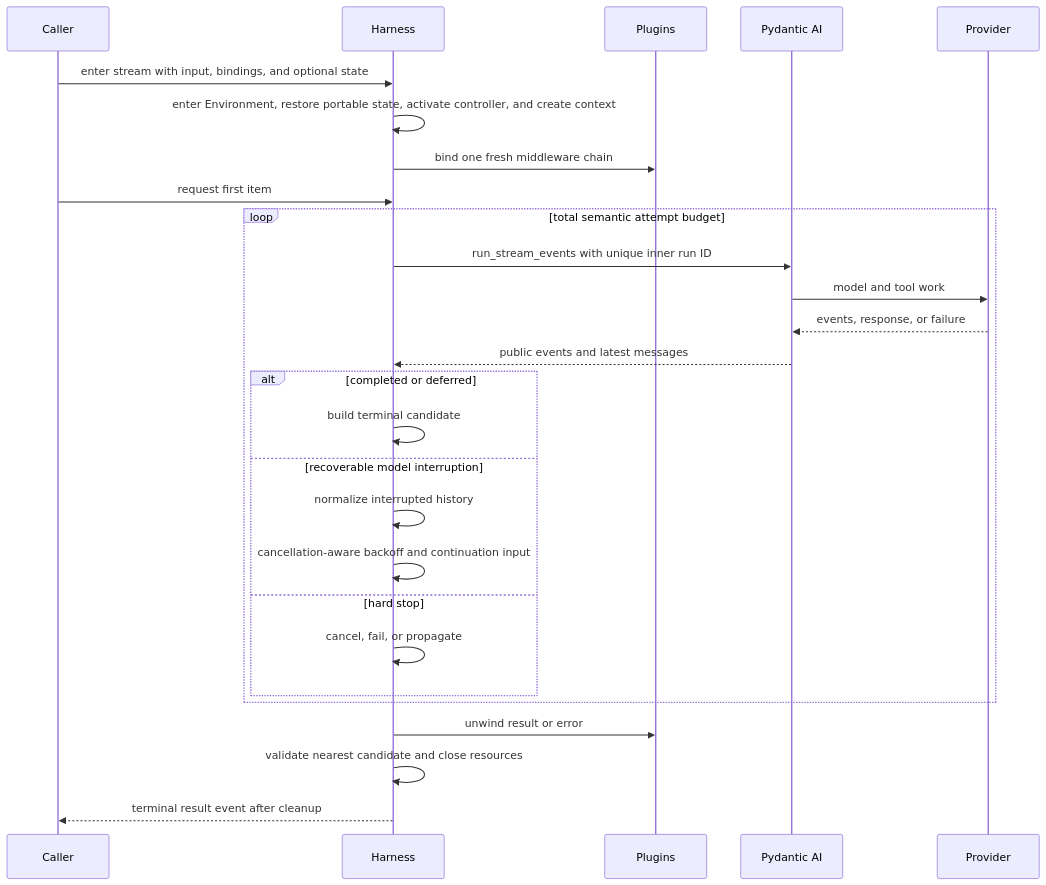
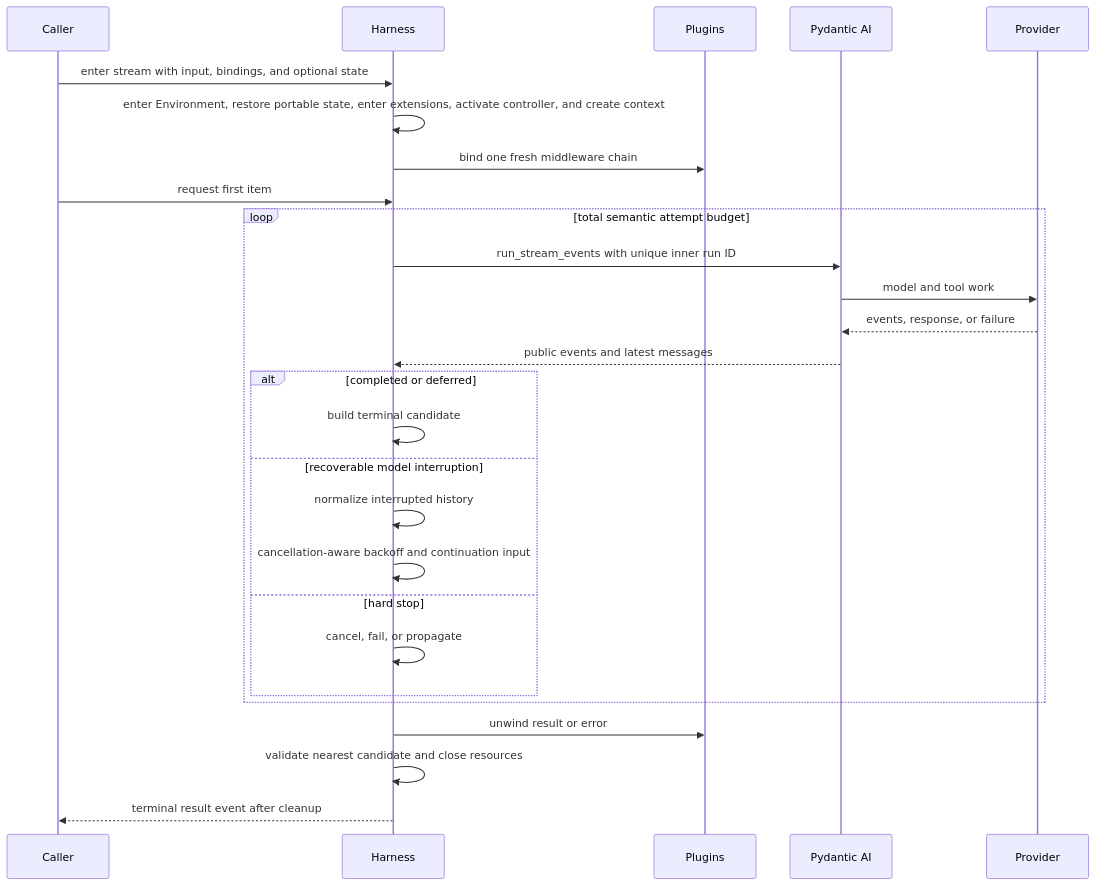
Before and after one commit to LTThreeComma/agent-foundation: the second of 2 diagrams in spec/agent-harness/06-execution-context-and-lifecycle.md, drawn with Mermaid. The commit also changed other lines of this file and 39 other files, not shown here.

First line of the commit message:
feat(harness): add aggregate environment run extensions

````diff
--- a/spec/agent-harness/06-execution-context-and-lifecycle.md
+++ b/spec/agent-harness/06-execution-context-and-lifecycle.md
@@ -75,30 +78,30 @@
 ```mermaid
 sequenceDiagram
     participant Caller
     participant Harness
     participant Plugins
     participant PAI as Pydantic AI
     participant Provider
 
     Caller->>Harness: enter stream with input, bindings, and optional state
-    Harness->>Harness: enter Environment, restore portable state, activate controller, and create context
+    Harness->>Harness: enter Environment, restore portable state, enter extensions, activate controller, and create context
     Harness->>Plugins: bind one fresh middleware chain
     Caller->>Harness: request first item
     loop total semantic attempt budget
         Harness->>PAI: run_stream_events with unique inner run ID
         PAI->>Provider: model and tool work
         Provider-->>PAI: events, response, or failure
         PAI-->>Harness: public events and latest messages
         alt completed or deferred
             Harness->>Harness: build terminal candidate
         else recoverable model interruption
             Harness->>Harness: normalize interrupted history
             Harness->>Harness: cancellation-aware backoff and continuation input
         else hard stop
             Harness->>Harness: cancel, fail, or propagate
         end
     end
     Harness->>Plugins: unwind result or error
     Harness->>Harness: validate nearest candidate and close resources
     Harness-->>Caller: terminal result event after cleanup
 ```
````
